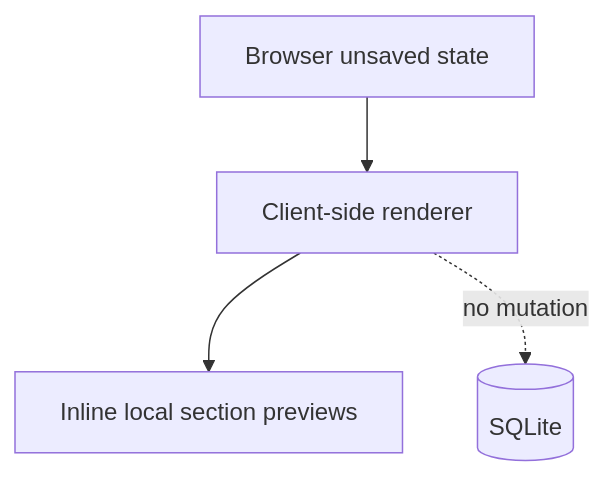
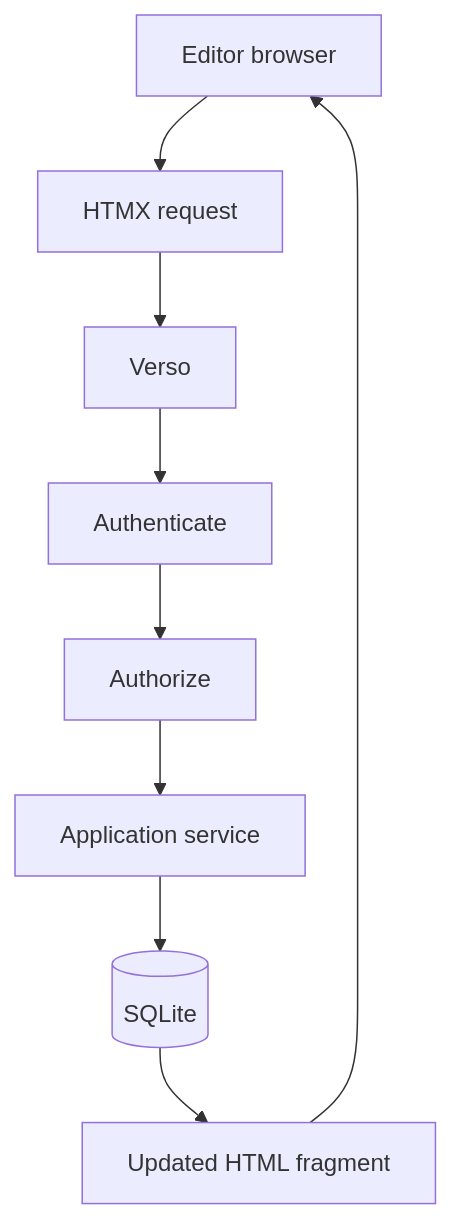
Before and after one commit to Natoandro/verso: the sixth of 7 diagrams in docs/design/system.md, drawn with Mermaid. The commit also changed other lines of this file and 62 other files, not shown here.

Commit message:
refactor(editor): adopt server-rendered HTMX architecture

````diff
--- a/docs/design/system.md
+++ b/docs/design/system.md
@@ -260,6 +260,11 @@
 ```mermaid
 flowchart TB
-    state["Browser unsaved state"] --> renderer["Client-side renderer"]
-    renderer --> inline["Inline local section previews"]
-    renderer -. no mutation .-> sqlite[("SQLite")]
+    browser["Editor browser"] --> htmx["HTMX request"]
+    htmx --> verso["Verso"]
+    verso --> authenticate["Authenticate"]
+    authenticate --> authorize["Authorize"]
+    authorize --> application["Application service"]
+    application --> sqlite[("SQLite")]
+    sqlite --> response["Updated HTML fragment"]
+    response --> browser
 ```
````
